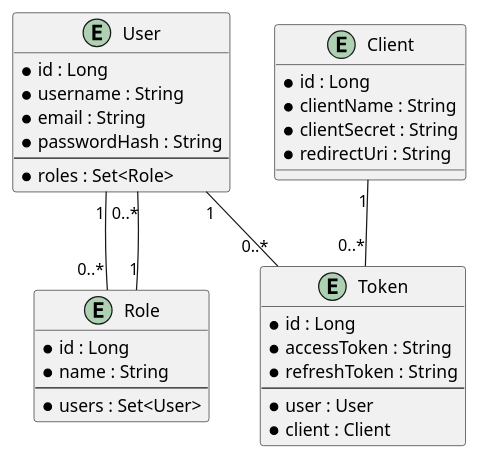
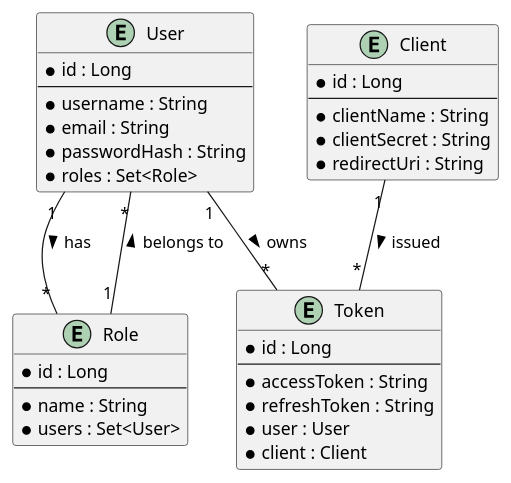
One commit to Dinesh-s95/AutoDoc.ai changed the sixth of 6 diagrams in identityprovider/documentation/detaileddesign.adoc. Above: the diagram before and after it, drawn with PlantUML. The commit also changed other lines of this file and 4 other files, not shown here.

````diff
--- a/identityprovider/documentation/detaileddesign.adoc
+++ b/identityprovider/documentation/detaileddesign.adoc
@@ -375,40 +358,42 @@
-```plantuml
+[plantuml, entity-relationship-diagram, png]
+----
 @startuml
-entity User {
-    * id : Long
-    * username : String
-    * email : String
-    * passwordHash : String
-    --
-    * roles : Set<Role>
+entity "User" {
+  * id : Long
+  --
+  * username : String
+  * email : String
+  * passwordHash : String
+  * roles : Set<Role>
 }
 
-entity Role {
-    * id : Long
-    * name : String
-    --
-    * users : Set<User>
+entity "Role" {
+  * id : Long
+  --
+  * name : String
+  * users : Set<User>
 }
 
-entity Client {
-    * id : Long
-    * clientName : String
-    * clientSecret : String
-    * redirectUri : String
+entity "Client" {
+  * id : Long
+  --
+  * clientName : String
+  * clientSecret : String
+  * redirectUri : String
 }
 
-entity Token {
-    * id : Long
-    * accessToken : String
-    * refreshToken : String
-    --
-    * user : User
-    * client : Client
+entity "Token" {
+  * id : Long
+  --
+  * accessToken : String
+  * refreshToken : String
+  * user : User
+  * client : Client
 }
 
-User "1" -- "0..*" Role
-Role "1" -- "0..*" User
-User "1" -- "0..*" Token
-Client "1" -- "0..*" Token
+User "1" -- "*" Role : has >
+Role "1" -- "*" User : belongs to >
+User "1" -- "*" Token : owns >
+Client "1" -- "*" Token : issued >
 @enduml
-```
+----
````
